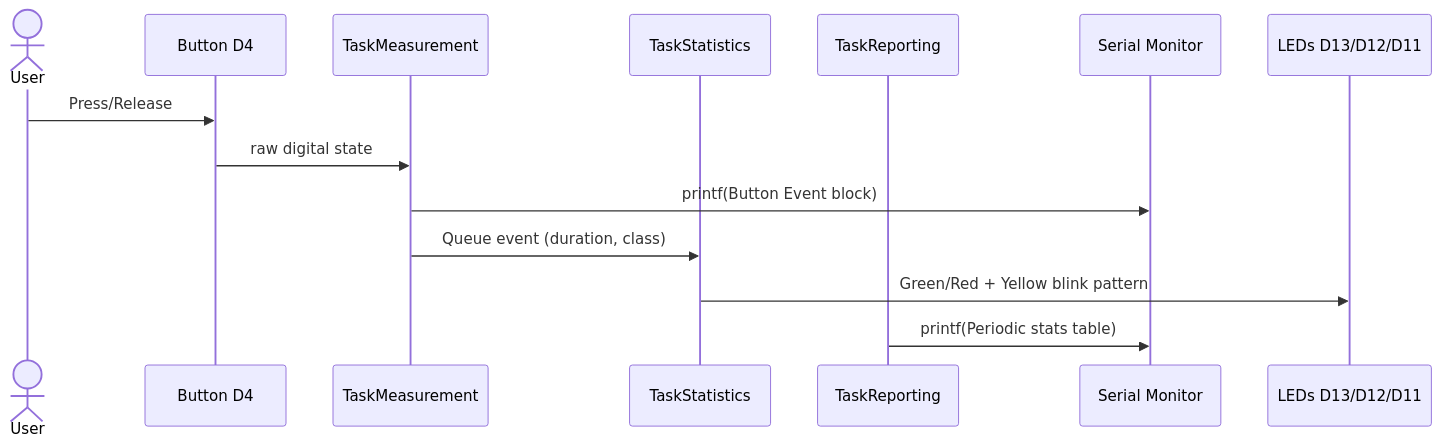
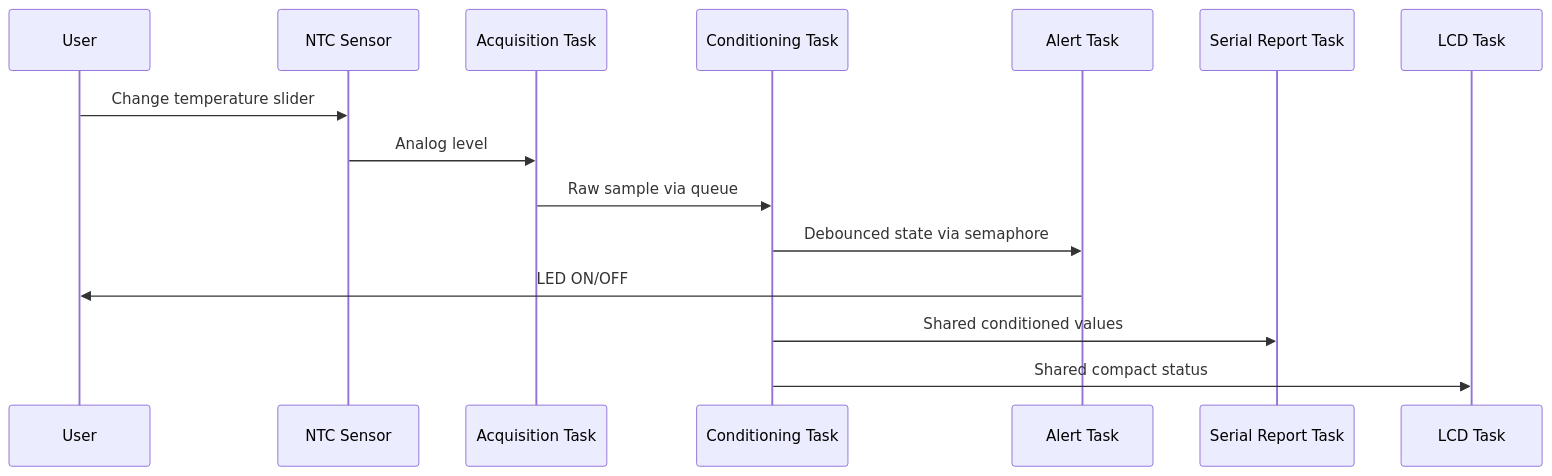
One commit to danganhuh/ES_labs changed the third of 7 diagrams in lib/reports/LAB2_REPORT.md. Above: the diagram before and after it, drawn with Mermaid. The commit also changed other lines of this file and 14 other files, not shown here.

````diff
--- a/lib/reports/LAB2_REPORT.md
+++ b/lib/reports/LAB2_REPORT.md
@@ -136,17 +169,18 @@
 ```mermaid
 sequenceDiagram
-	actor User
-	participant BTN as Button D4
-	participant TM as TaskMeasurement
-	participant TS as TaskStatistics
-	participant TR as TaskReporting
-	participant UART as Serial Monitor
-	participant LED as LEDs D13/D12/D11
+    participant U as User
+    participant NTC as NTC Sensor
+    participant ACQ as Acquisition Task
+    participant COND as Conditioning Task
+    participant ALERT as Alert Task
+    participant DISP as Serial Report Task
+    participant LCD as LCD Task
 
-	User->>BTN: Press/Release
-	BTN->>TM: raw digital state
-	TM->>UART: printf(Button Event block)
-	TM->>TS: Queue event (duration, class)
-	TS->>LED: Green/Red + Yellow blink pattern
-	TR->>UART: printf(Periodic stats table)
+    U->>NTC: Change temperature slider
+    NTC->>ACQ: Analog level
+    ACQ->>COND: Raw sample via queue
+    COND->>ALERT: Debounced state via semaphore
+    ALERT->>U: LED ON/OFF
+    COND->>DISP: Shared conditioned values
+    COND->>LCD: Shared compact status
 ```
````
